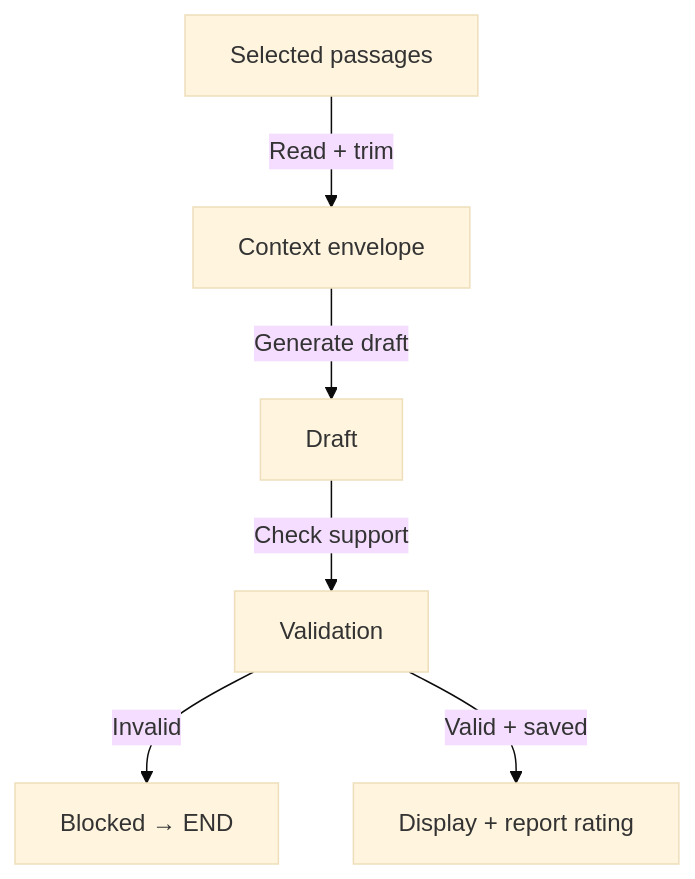
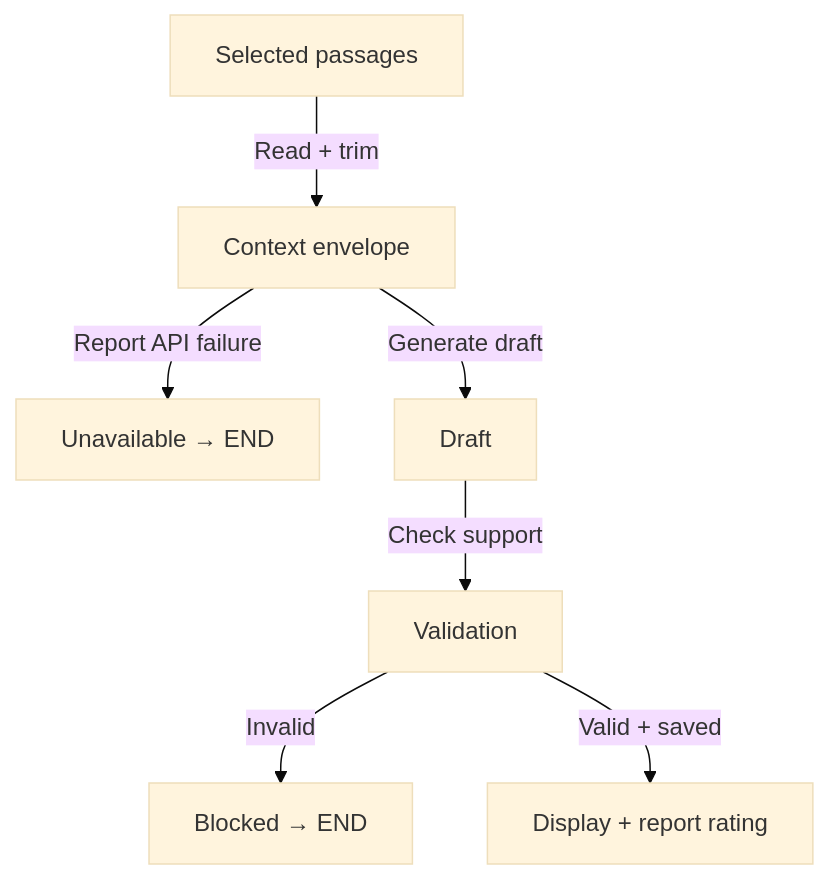
Before and after one commit to ByronHo68/ai-learning-academy: the diagram in public/downloads/finance-diagrams/report-en.mmd, drawn with Mermaid (base theme). The commit also changed 81 other files, not shown here.

```diff
--- a/public/downloads/finance-diagrams/report-en.mmd
+++ b/public/downloads/finance-diagrams/report-en.mmd
@@ -1,12 +1,14 @@
 flowchart TD
   n0["Selected passages"]
   n1["Context envelope"]
-  n2["Draft"]
-  n3["Validation"]
-  n4["Blocked → END"]
-  n5["Display + report rating"]
+  n2["Unavailable → END"]
+  n3["Draft"]
+  n4["Validation"]
+  n5["Blocked → END"]
+  n6["Display + report rating"]
   n0 -- "Read + trim" --> n1
-  n1 -- "Generate draft" --> n2
-  n2 -- "Check support" --> n3
-  n3 -- "Invalid" --> n4
-  n3 -- "Valid + saved" --> n5
+  n1 -- "Report API failure" --> n2
+  n1 -- "Generate draft" --> n3
+  n3 -- "Check support" --> n4
+  n4 -- "Invalid" --> n5
+  n4 -- "Valid + saved" --> n6
```
